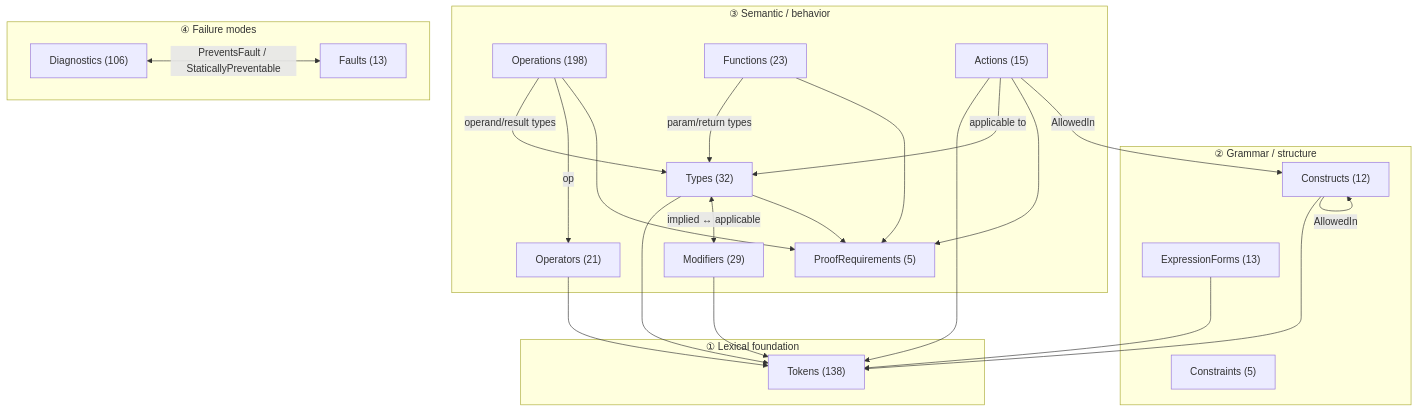
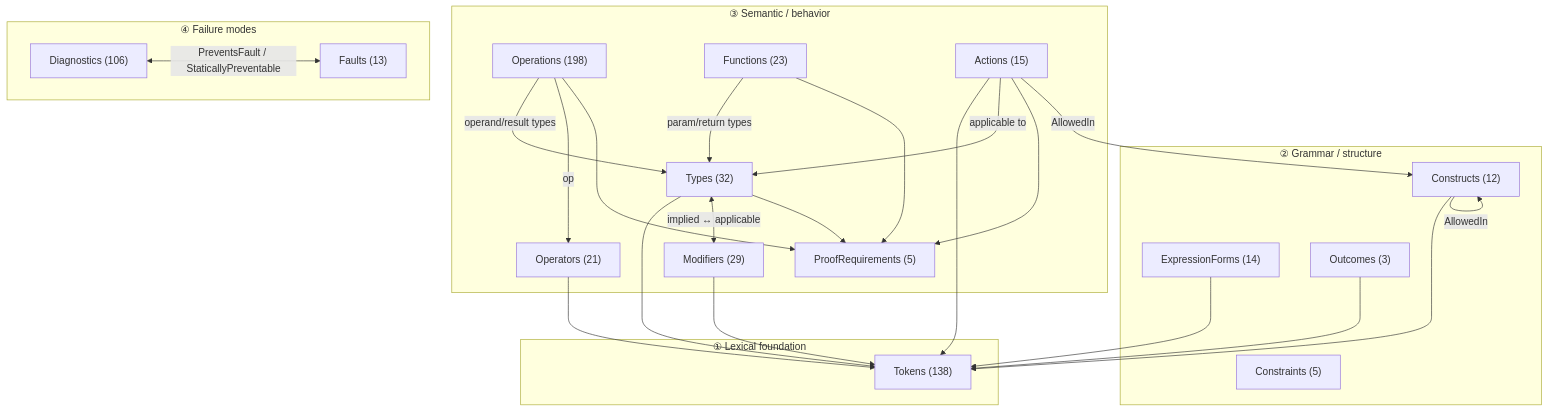
Before and after one commit to sfalik/Precept: the first of 6 diagrams in docs/language/catalog-system.md, drawn with Mermaid. The commit also changed other lines of this file and 18 other files, not shown here.

````diff
--- a/docs/language/catalog-system.md
+++ b/docs/language/catalog-system.md
@@ -155,55 +157,57 @@
 ```mermaid
 flowchart TB
     subgraph L1["① Lexical foundation"]
         Tokens["Tokens (138)"]
     end
 
     subgraph L2["② Grammar / structure"]
         Constructs["Constructs (12)"]
-        ExpressionForms["ExpressionForms (13)"]
+        ExpressionForms["ExpressionForms (14)"]
+        Outcomes["Outcomes (3)"]
         Constraints["Constraints (5)"]
     end
 
     subgraph L3["③ Semantic / behavior"]
         Types["Types (32)"]
         Operators["Operators (21)"]
         Operations["Operations (198)"]
         Functions["Functions (23)"]
         Modifiers["Modifiers (29)"]
         Actions["Actions (15)"]
         ProofRequirements["ProofRequirements (5)"]
     end
 
     subgraph L4["④ Failure modes"]
         Diagnostics["Diagnostics (106)"]
         Faults["Faults (13)"]
     end
 
-    %% Six catalogs anchor to Tokens
+    %% Seven catalogs anchor to Tokens
     Types       --> Tokens
     Operators   --> Tokens
     Modifiers   --> Tokens
     Actions     --> Tokens
     Constructs  --> Tokens
     ExpressionForms --> Tokens
+    Outcomes    --> Tokens
 
     %% Semantic wiring
     Functions  -->|param/return types| Types
     Operations -->|operand/result types| Types
     Operations -->|op| Operators
     Actions    -->|applicable to| Types
     Types     <-->|"implied ↔ applicable"| Modifiers
 
     %% Proof obligations
     Types      --> ProofRequirements
     Functions  --> ProofRequirements
     Operations --> ProofRequirements
     Actions    --> ProofRequirements
 
     %% Grammar nesting
     Actions    -->|AllowedIn| Constructs
     Constructs -->|AllowedIn| Constructs
 
     %% Failure link
     Diagnostics <-->|"PreventsFault / StaticallyPreventable"| Faults
 ```
````
